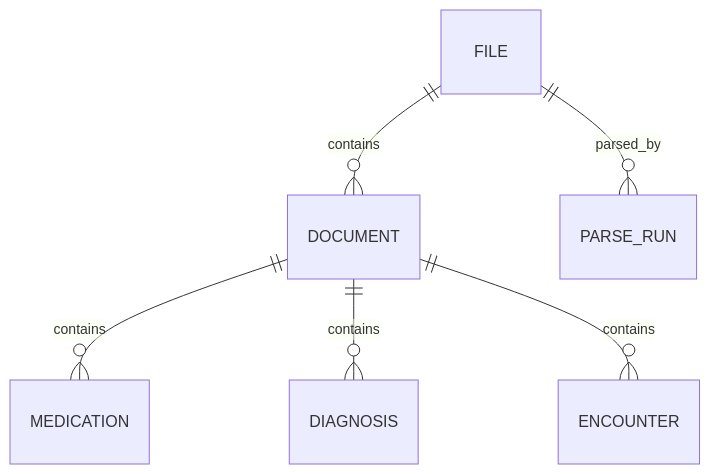
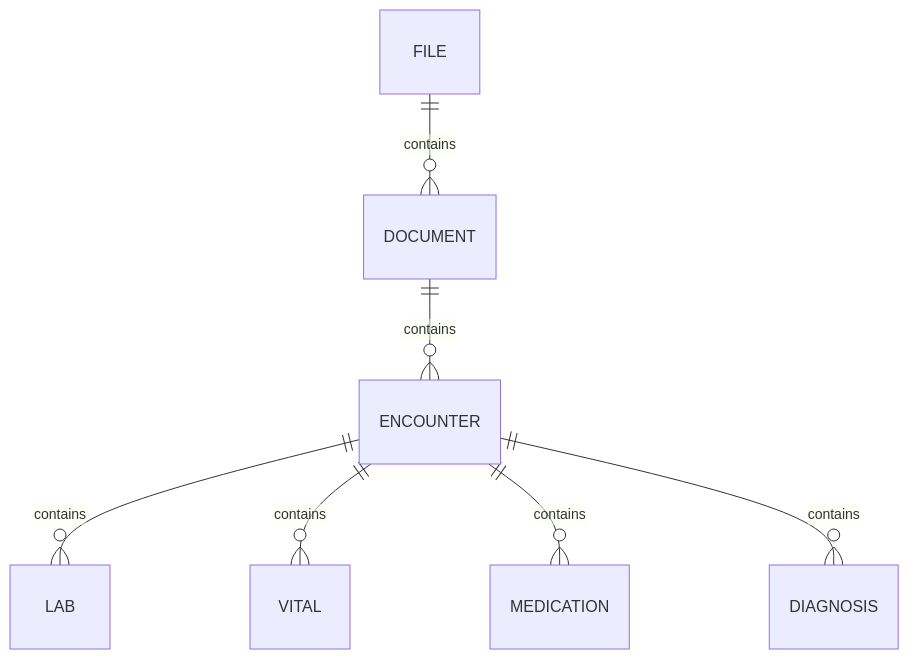
The diagram in README.md (simontbui/sample-health-app), drawn with Mermaid before and after one commit. The commit also changed other lines of this file and 56 other files, not shown here.

Commit message:
remove wsl/ubuntu dependency and updated schemas

````diff
--- a/README.md
+++ b/README.md
@@ -57,8 +130,9 @@
 ```mermaid
 erDiagram
-  FILE ||--o{ DOCUMENT : contains
-  FILE ||--o{ PARSE_RUN : parsed_by
-  DOCUMENT ||--o{ MEDICATION : contains
-  DOCUMENT ||--o{ DIAGNOSIS : contains
-  DOCUMENT ||--o{ ENCOUNTER : contains
+    FILE ||--o{ DOCUMENT : contains
+    DOCUMENT ||--o{ ENCOUNTER : contains
+    ENCOUNTER ||--o{ LAB : contains
+    ENCOUNTER ||--o{ VITAL : contains
+    ENCOUNTER ||--o{ MEDICATION : contains
+    ENCOUNTER ||--o{ DIAGNOSIS : contains
 ```
````
